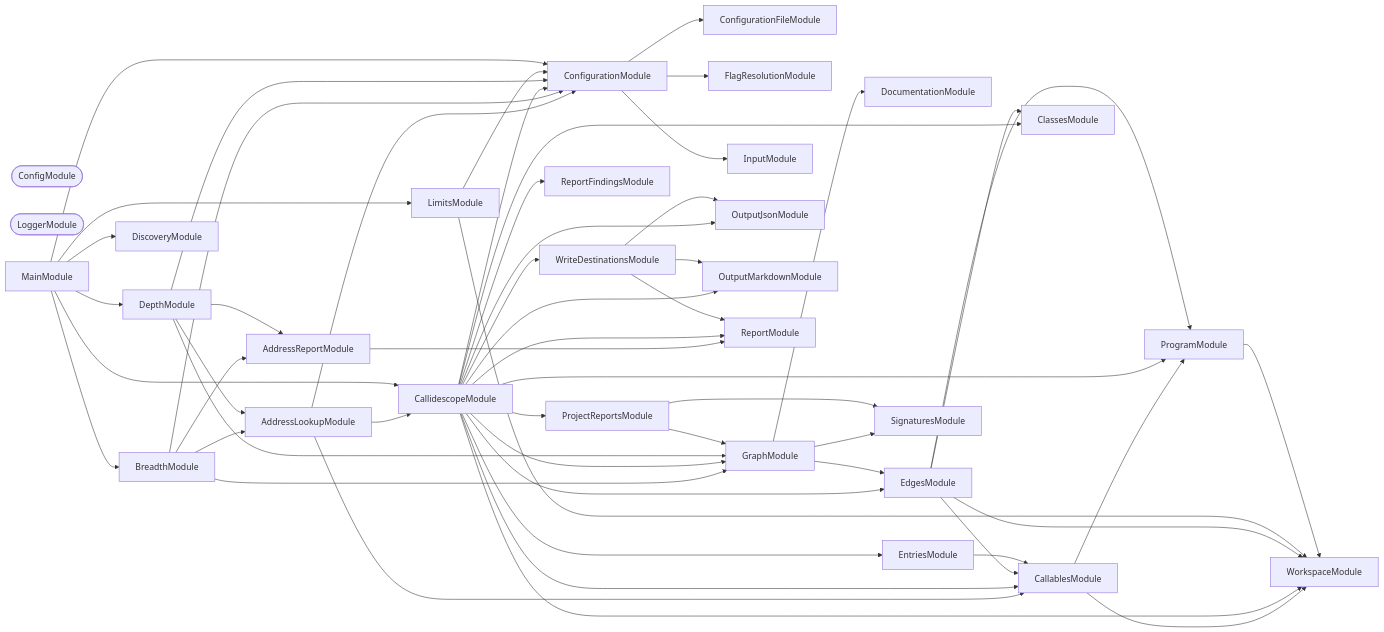
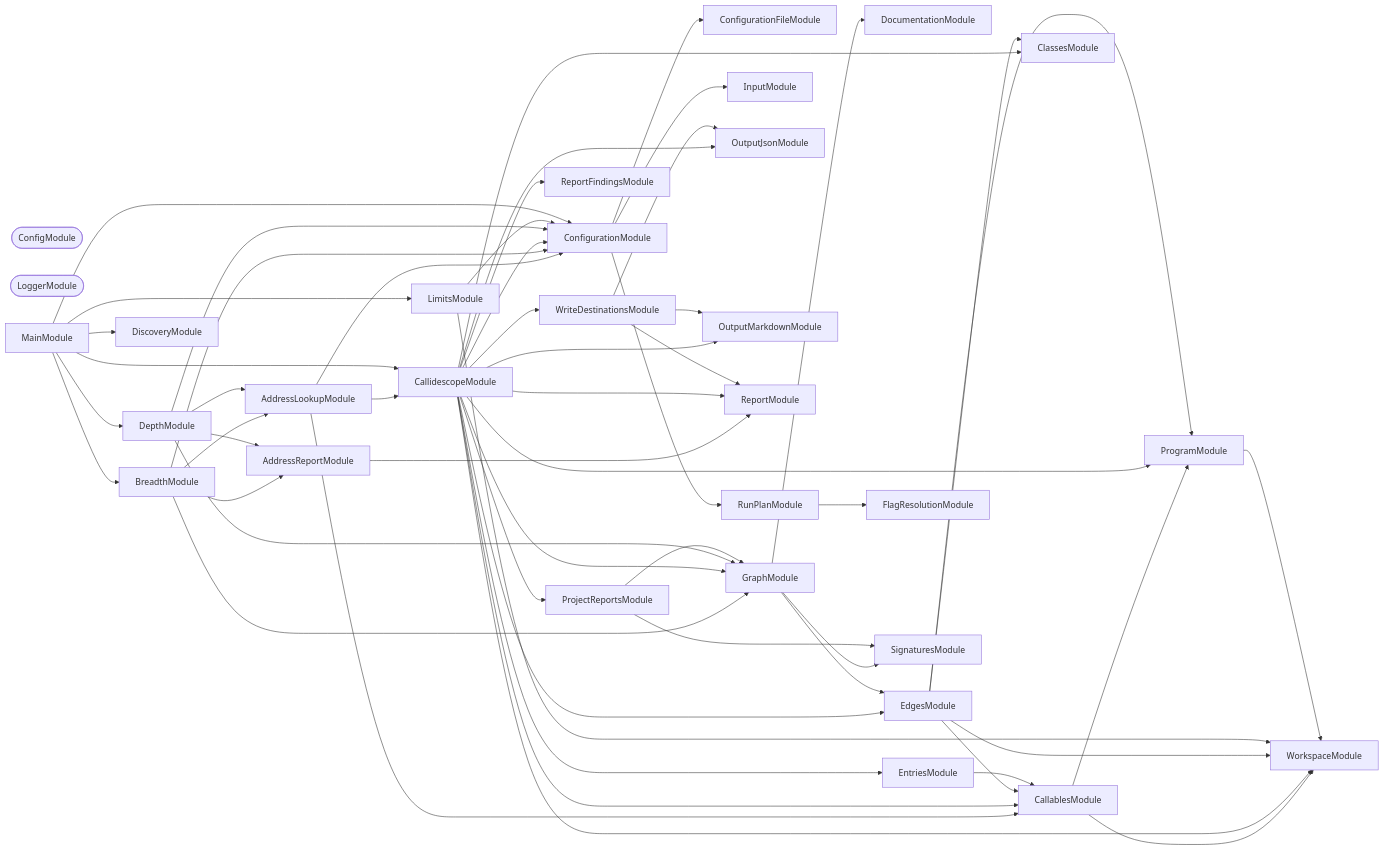
Before and after one commit to JimmyPaolini/codebase: the second of 3 diagrams in packages/ic-suite/callidescope/callidescope-cli/README.md, drawn with Mermaid. The commit also changed 251 other files, not shown here.

```diff
--- a/packages/ic-suite/callidescope/callidescope-cli/README.md
+++ b/packages/ic-suite/callidescope/callidescope-cli/README.md
@@ -1295,6 +1295,7 @@
   ProjectReportsModule
   ReportFindingsModule
   ReportModule
+  RunPlanModule
   SignaturesModule
   WorkspaceModule
   WriteDestinationsModule
@@ -1323,8 +1324,8 @@
   CallidescopeModule --> WorkspaceModule
   CallidescopeModule --> WriteDestinationsModule
   ConfigurationModule --> ConfigurationFileModule
-  ConfigurationModule --> FlagResolutionModule
   ConfigurationModule --> InputModule
+  ConfigurationModule --> RunPlanModule
   DepthModule --> AddressLookupModule
   DepthModule --> AddressReportModule
   DepthModule --> ConfigurationModule
@@ -1348,6 +1349,7 @@
   ProgramModule --> WorkspaceModule
   ProjectReportsModule --> GraphModule
   ProjectReportsModule --> SignaturesModule
+  RunPlanModule --> FlagResolutionModule
   WriteDestinationsModule --> OutputJsonModule
   WriteDestinationsModule --> OutputMarkdownModule
   WriteDestinationsModule --> ReportModule
```
